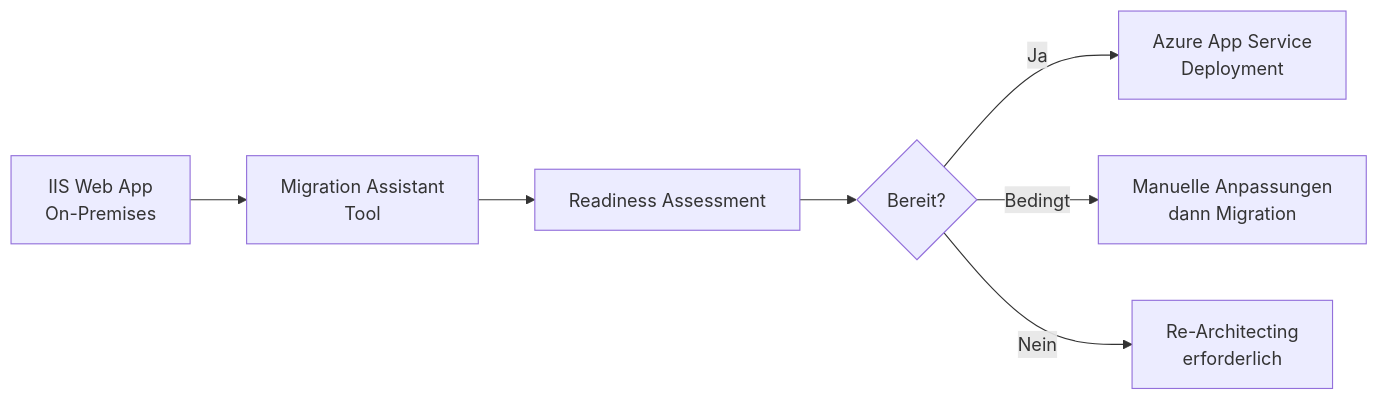
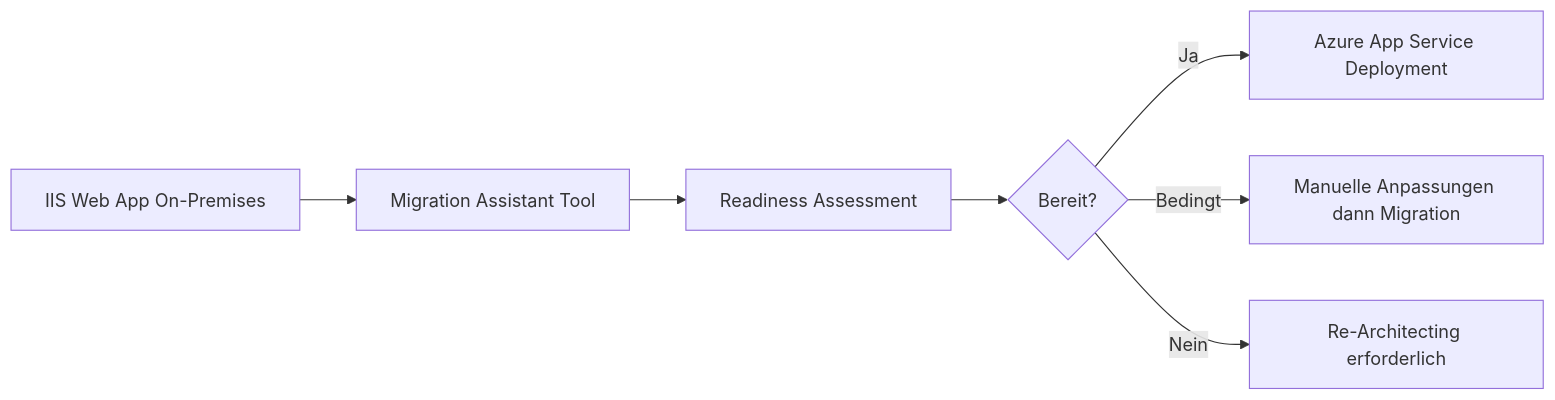
One commit to SoniiiT/notes-n-docs changed the sixth of 8 diagrams in Microsoft 365/Azure/Monitor und Management/Azure Migrate.md. Above: the diagram before and after it, drawn with Mermaid. The commit also changed other lines of this file and 124 other files, not shown here.

First line of the commit message:
fix: Entferne \n aus allen Mermaid-Diagrammen (125 Dateien)

````diff
--- a/Microsoft 365/Azure/Monitor und Management/Azure Migrate.md
+++ b/Microsoft 365/Azure/Monitor und Management/Azure Migrate.md
@@ -284,9 +284,9 @@
 ```mermaid
 graph LR
-    A[IIS Web App\nOn-Premises] --> B[Migration Assistant\nTool]
+    A[IIS Web App On-Premises] --> B[Migration Assistant Tool]
     B --> C[Readiness Assessment]
     C --> D{Bereit?}
-    D -- Ja --> E[Azure App Service\nDeployment]
-    D -- Bedingt --> F[Manuelle Anpassungen\ndann Migration]
-    D -- Nein --> G[Re-Architecting\nerforderlich]
+    D -- Ja --> E[Azure App Service Deployment]
+    D -- Bedingt --> F[Manuelle Anpassungen dann Migration]
+    D -- Nein --> G[Re-Architecting erforderlich]
 ```
````
